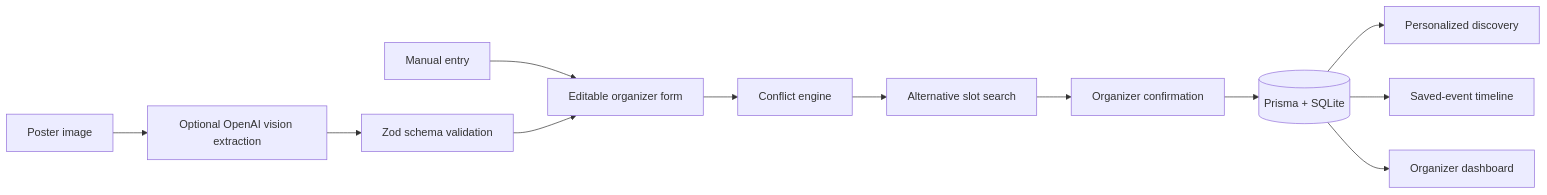
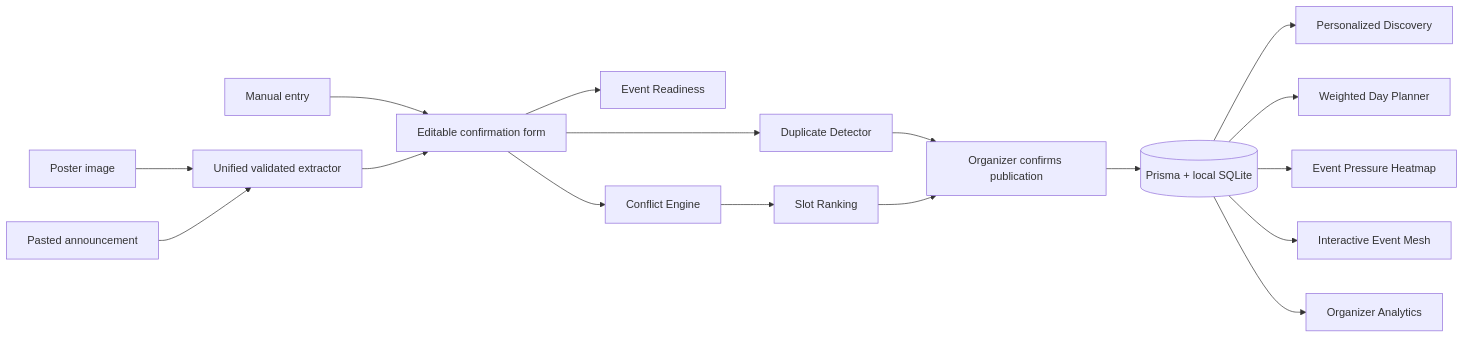
Before and after one commit to QuantumArnav/Eventmesh: the diagram in README.md, drawn with Mermaid. The commit also changed other lines of this file and 29 other files, not shown here.

````diff
--- a/README.md
+++ b/README.md
@@ -87,14 +98,19 @@
 ```mermaid
 flowchart LR
-  Poster[Poster image] --> Extract[Optional OpenAI vision extraction]
-  Manual[Manual entry] --> Review[Editable organizer form]
-  Extract --> Validate[Zod schema validation]
-  Validate --> Review
-  Review --> Conflict[Conflict engine]
-  Conflict --> Slots[Alternative slot search]
-  Slots --> Confirm[Organizer confirmation]
-  Confirm --> DB[(Prisma + SQLite)]
-  DB --> Discovery[Personalized discovery]
-  DB --> Schedule[Saved-event timeline]
-  DB --> Dashboard[Organizer dashboard]
+  Poster[Poster image] --> Extract[Unified validated extractor]
+  Text[Pasted announcement] --> Extract
+  Manual[Manual entry] --> Review[Editable confirmation form]
+  Extract --> Review
+  Review --> Ready[Event Readiness]
+  Review --> Duplicate[Duplicate Detector]
+  Review --> Conflict[Conflict Engine]
+  Conflict --> Scheduling[Slot Ranking]
+  Duplicate --> Publish[Organizer confirms publication]
+  Scheduling --> Publish
+  Publish --> DB[(Prisma + local SQLite)]
+  DB --> Discovery[Personalized Discovery]
+  DB --> Planner[Weighted Day Planner]
+  DB --> Heatmap[Event Pressure Heatmap]
+  DB --> Graph[Interactive Event Mesh]
+  DB --> Dashboard[Organizer Analytics]
 ```
````
